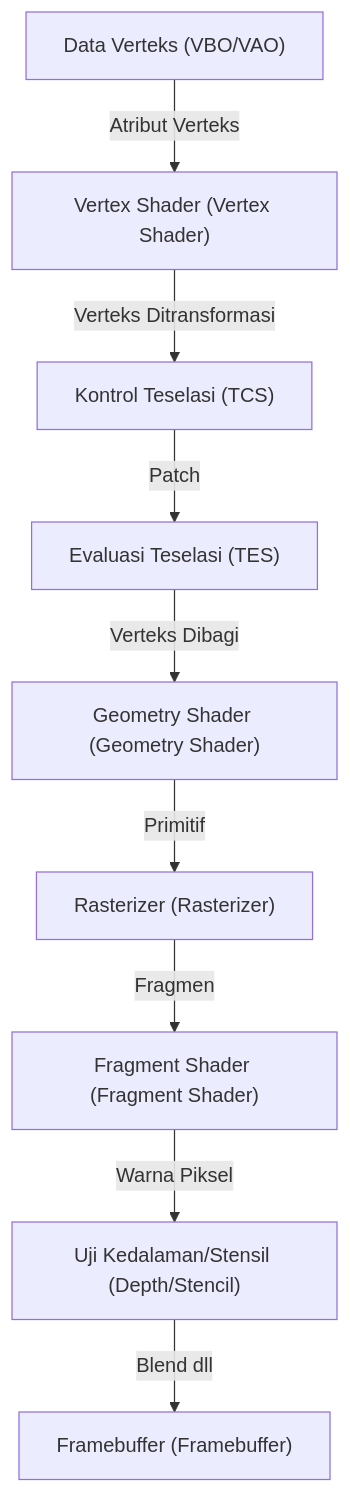
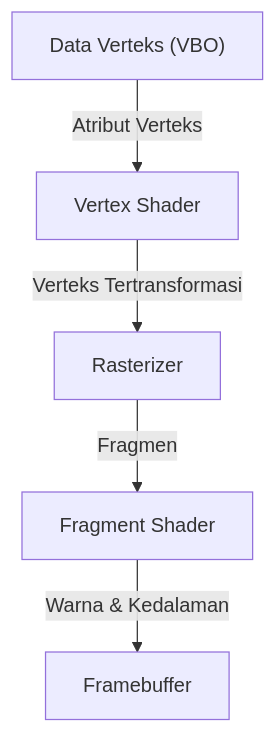
The second of 2 diagrams in content/post/opengl-basics-and-history/index.id.md (kenjinote/blog), drawn with Mermaid before and after one commit. The commit also changed other lines of this file and 129 other files, not shown here.

````diff
--- a/content/post/opengl-basics-and-history/index.id.md
+++ b/content/post/opengl-basics-and-history/index.id.md
@@ -69,21 +48,7 @@
 ```mermaid
 graph TD
-    VBO["Data Verteks (VBO/VAO)"]
-    VS["Vertex Shader (Vertex Shader)"]
-    TC["Kontrol Teselasi (TCS)"]
-    TE["Evaluasi Teselasi (TES)"]
-    GS["Geometry Shader (Geometry Shader)"]
-    RS["Rasterizer (Rasterizer)"]
-    FS["Fragment Shader (Fragment Shader)"]
-    TEST["Uji Kedalaman/Stensil (Depth/Stencil)"]
-    FB["Framebuffer (Framebuffer)"]
-
-    VBO -- "Atribut Verteks" --> VS
-    VS -- "Verteks Ditransformasi" --> TC
-    TC -- "Patch" --> TE
-    TE -- "Verteks Dibagi" --> GS
-    GS -- "Primitif" --> RS
-    RS -- "Fragmen" --> FS
-    FS -- "Warna Piksel" --> TEST
-    TEST -- "Blend dll" --> FB
+    VBO["Data Verteks (VBO)"] -- "Atribut Verteks" --> VS["Vertex Shader"]
+    VS -- "Verteks Tertransformasi" --> RS["Rasterizer"]
+    RS -- "Fragmen" --> FS["Fragment Shader"]
+    FS -- "Warna & Kedalaman" --> FB["Framebuffer"]
 ```
````
